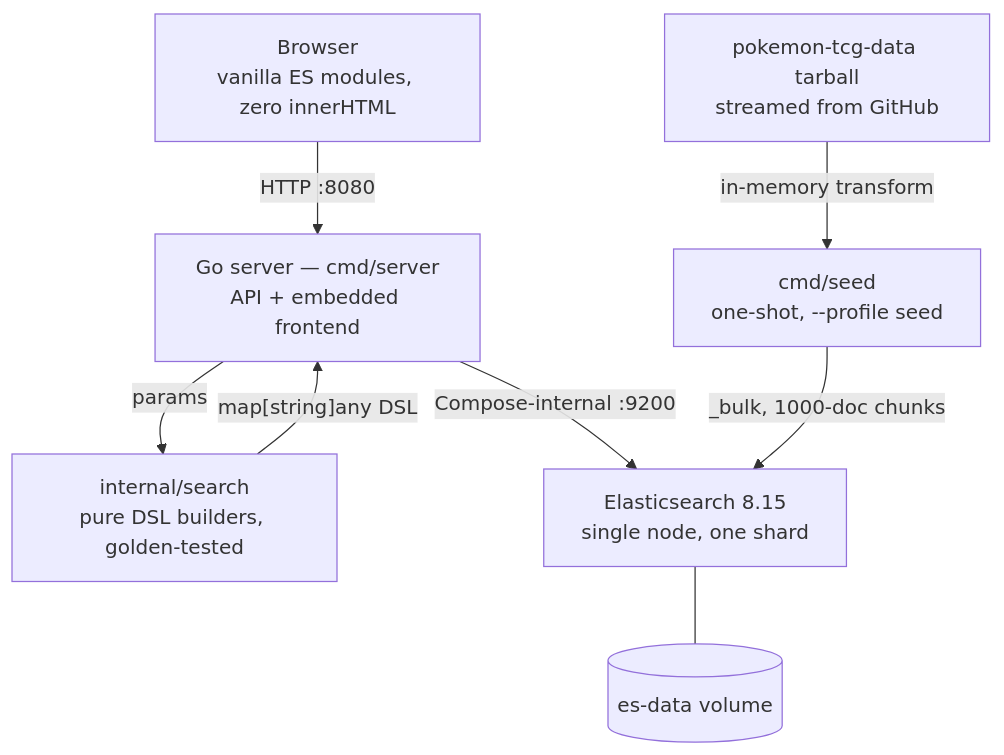
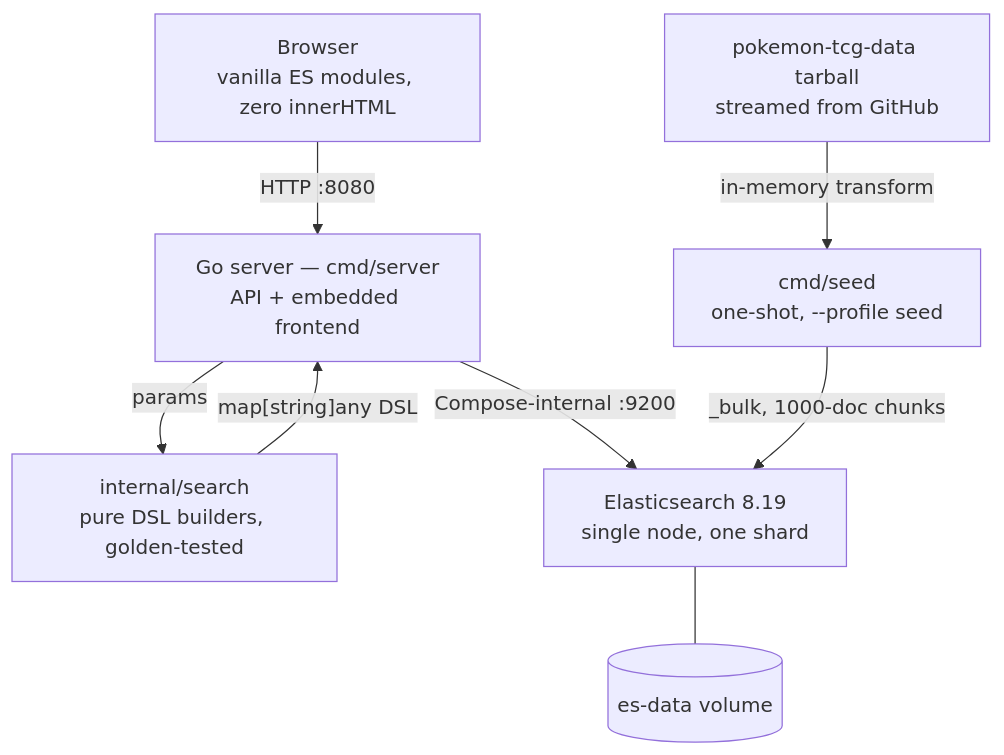
The diagram in README.md (AndresThePerez/PokeSearch), drawn with Mermaid before and after one commit. The commit also changed other lines of this file and 3 other files, not shown here.

````diff
--- a/README.md
+++ b/README.md
@@ -198,18 +198,18 @@
 ```mermaid
 flowchart TD
     B["Browser<br/>vanilla ES modules, zero innerHTML"]
     S["Go server — cmd/server<br/>API + embedded frontend"]
     Q["internal/search<br/>pure DSL builders, golden-tested"]
-    E["Elasticsearch 8.15<br/>single node, one shard"]
+    E["Elasticsearch 8.19<br/>single node, one shard"]
     V[("es-data volume")]
     D["cmd/seed<br/>one-shot, --profile seed"]
     G["pokemon-tcg-data tarball<br/>streamed from GitHub"]
 
     B -- "HTTP :8080" --> S
     S -- "params" --> Q
     Q -- "map[string]any DSL" --> S
     S -- "Compose-internal :9200" --> E
     E --- V
     G -- "in-memory transform" --> D
     D -- "_bulk, 1000-doc chunks" --> E
 ```
````
